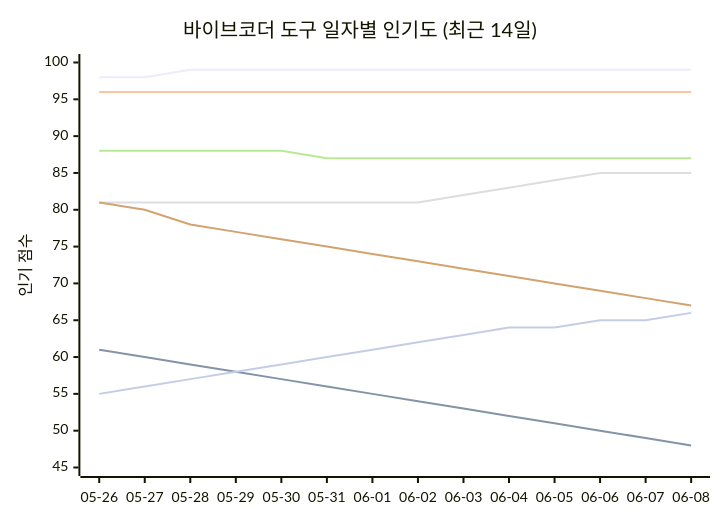
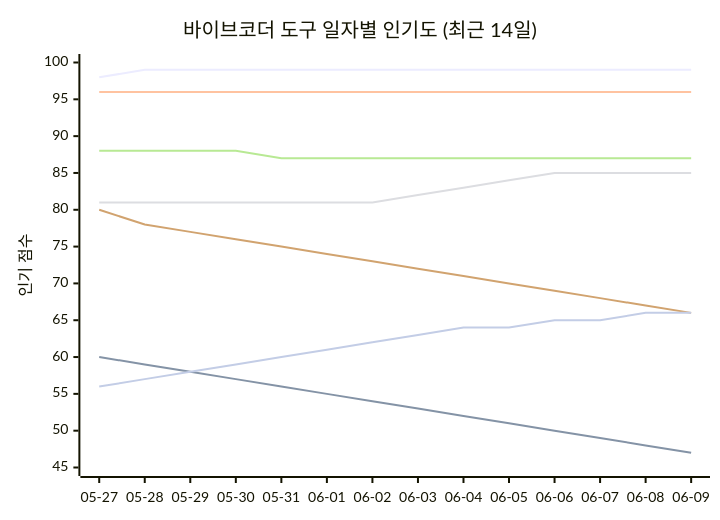
Before and after one commit to tykimos/ai-whatchelin: the seventh of 11 diagrams in README_ko.md, drawn with Mermaid. The commit also changed other lines of this file and 4 other files, not shown here.

````diff
--- a/README_ko.md
+++ b/README_ko.md
@@ -1438,13 +1445,13 @@
 ```mermaid
 xychart-beta
     title "바이브코더 도구 일자별 인기도 (최근 14일)"
-    x-axis ["05-26", "05-27", "05-28", "05-29", "05-30", "05-31", "06-01", "06-02", "06-03", "06-04", "06-05", "06-06", "06-07", "06-08"]
+    x-axis ["05-27", "05-28", "05-29", "05-30", "05-31", "06-01", "06-02", "06-03", "06-04", "06-05", "06-06", "06-07", "06-08", "06-09"]
     y-axis "인기 점수" 45 --> 100
-    line "Claude Code" [98, 98, 99, 99, 99, 99, 99, 99, 99, 99, 99, 99, 99, 99]
-    line "GH Copilot" [61, 60, 59, 58, 57, 56, 55, 54, 53, 52, 51, 50, 49, 48]
+    line "Claude Code" [98, 99, 99, 99, 99, 99, 99, 99, 99, 99, 99, 99, 99, 99]
+    line "GH Copilot" [60, 59, 58, 57, 56, 55, 54, 53, 52, 51, 50, 49, 48, 47]
     line "Cursor" [96, 96, 96, 96, 96, 96, 96, 96, 96, 96, 96, 96, 96, 96]
-    line "Windsurf" [81, 81, 81, 81, 81, 81, 81, 81, 82, 83, 84, 85, 85, 85]
-    line "Codex CLI" [88, 88, 88, 88, 88, 87, 87, 87, 87, 87, 87, 87, 87, 87]
-    line "Gemini CLI" [81, 80, 78, 77, 76, 75, 74, 73, 72, 71, 70, 69, 68, 67]
-    line "Antigravity" [55, 56, 57, 58, 59, 60, 61, 62, 63, 64, 64, 65, 65, 66]
+    line "Windsurf" [81, 81, 81, 81, 81, 81, 81, 82, 83, 84, 85, 85, 85, 85]
+    line "Codex CLI" [88, 88, 88, 88, 87, 87, 87, 87, 87, 87, 87, 87, 87, 87]
+    line "Gemini CLI" [80, 78, 77, 76, 75, 74, 73, 72, 71, 70, 69, 68, 67, 66]
+    line "Antigravity" [56, 57, 58, 59, 60, 61, 62, 63, 64, 64, 65, 65, 66, 66]
 ```
````
